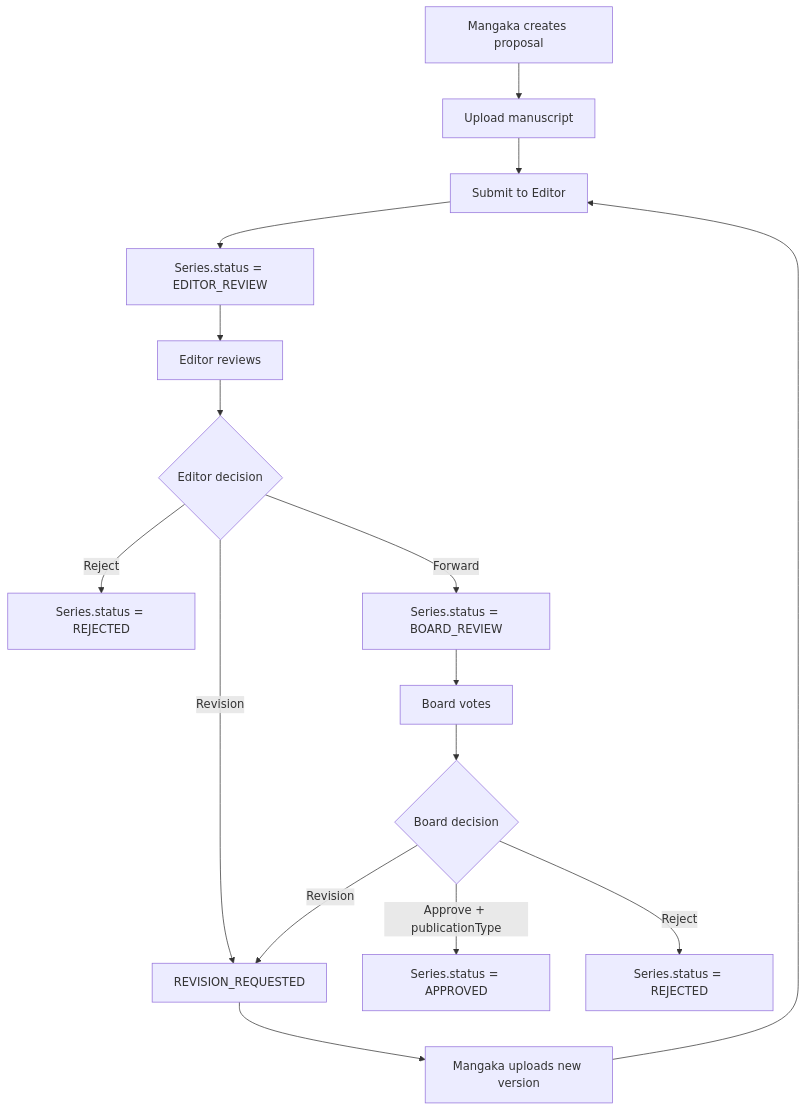
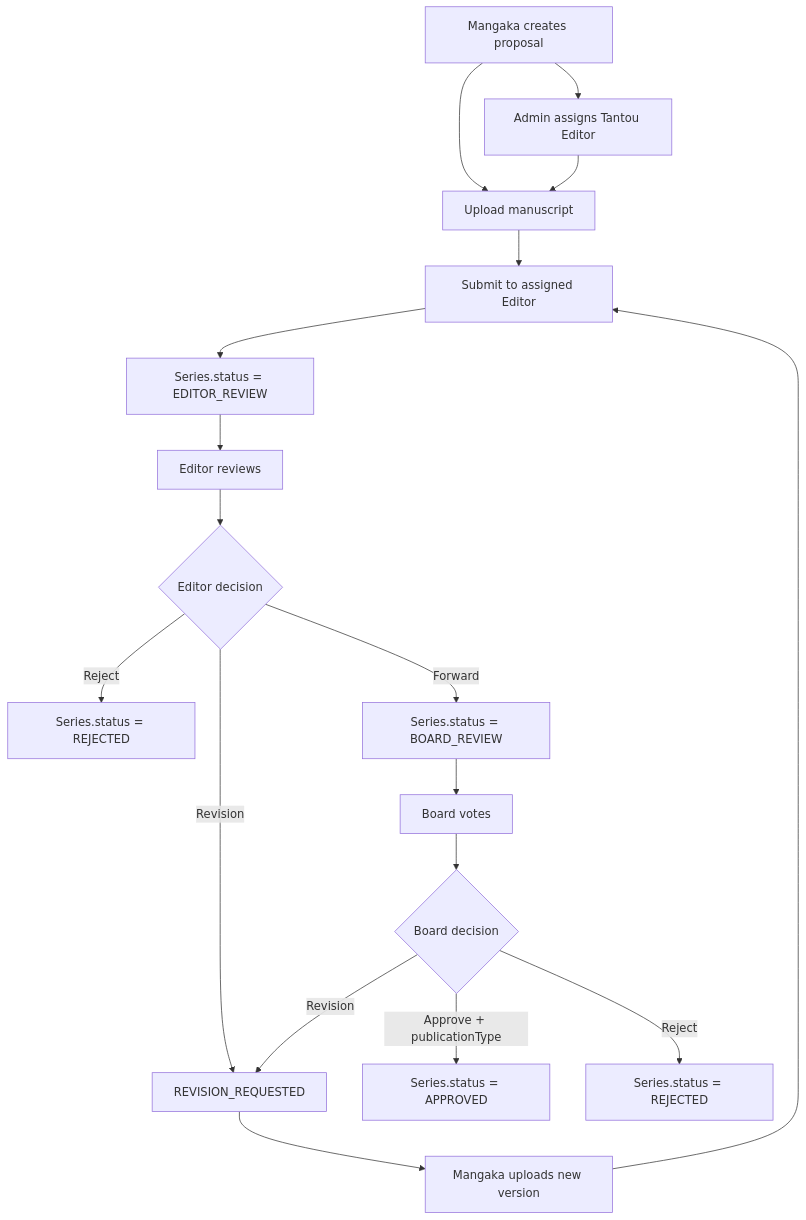
The diagram in client/docs/Flow-01-Series-Proposal-Approval-Spec.md (ntu254/MangaFlow), drawn with Mermaid before and after one commit. The commit also changed other lines of this file and 53 other files, not shown here.

First line of the commit message:
feat: add chapter review validation schemas and update readiness checks

````diff
--- a/client/docs/Flow-01-Series-Proposal-Approval-Spec.md
+++ b/client/docs/Flow-01-Series-Proposal-Approval-Spec.md
@@ -257,18 +285,20 @@
 ```mermaid
 flowchart TD
     A["Mangaka creates proposal"] --> B["Upload manuscript"]
-    B --> C["Submit to Editor"]
+    A --> AA["Admin assigns Tantou Editor"]
+    AA --> B
+    B --> C["Submit to assigned Editor"]
     C --> D["Series.status = EDITOR_REVIEW"]
     D --> E["Editor reviews"]
     E --> F{"Editor decision"}
     F -->|Revision| G["REVISION_REQUESTED"]
     G --> H["Mangaka uploads new version"]
     H --> C
     F -->|Reject| I["Series.status = REJECTED"]
     F -->|Forward| J["Series.status = BOARD_REVIEW"]
     J --> K["Board votes"]
     K --> L{"Board decision"}
     L -->|Approve + publicationType| M["Series.status = APPROVED"]
     L -->|Reject| N["Series.status = REJECTED"]
     L -->|Revision| G
 ```
````
